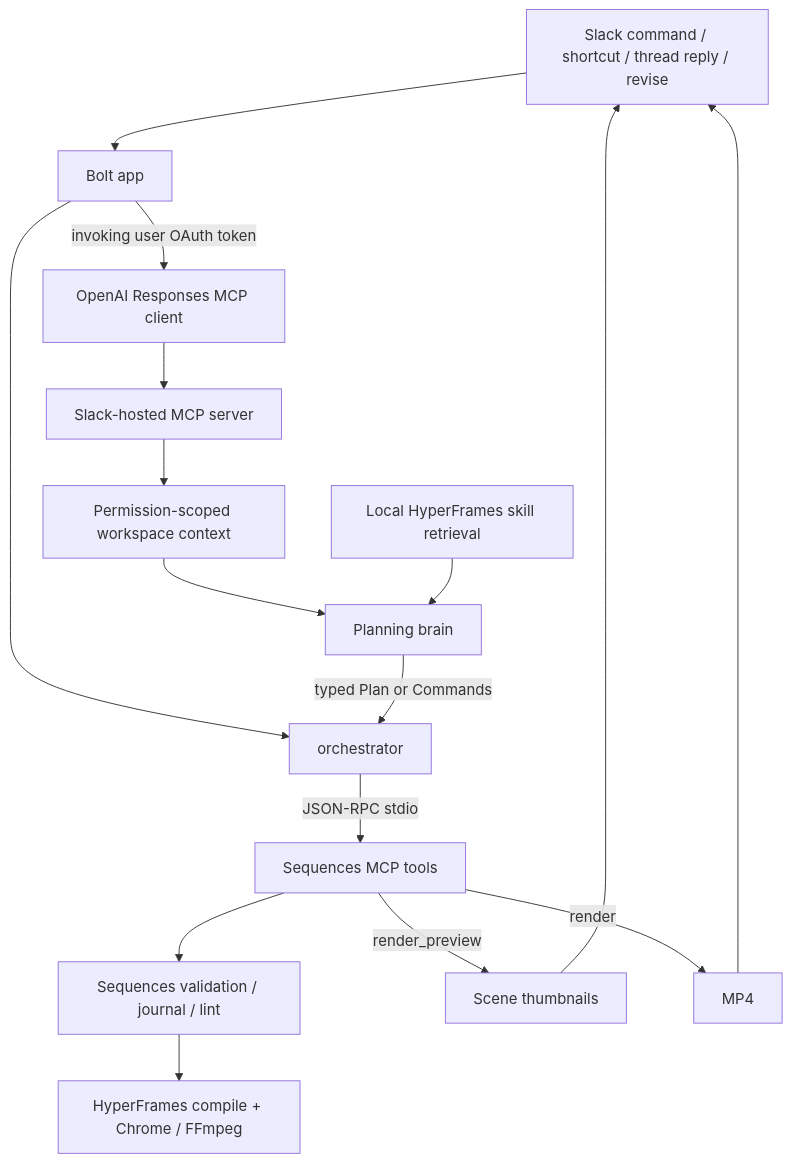
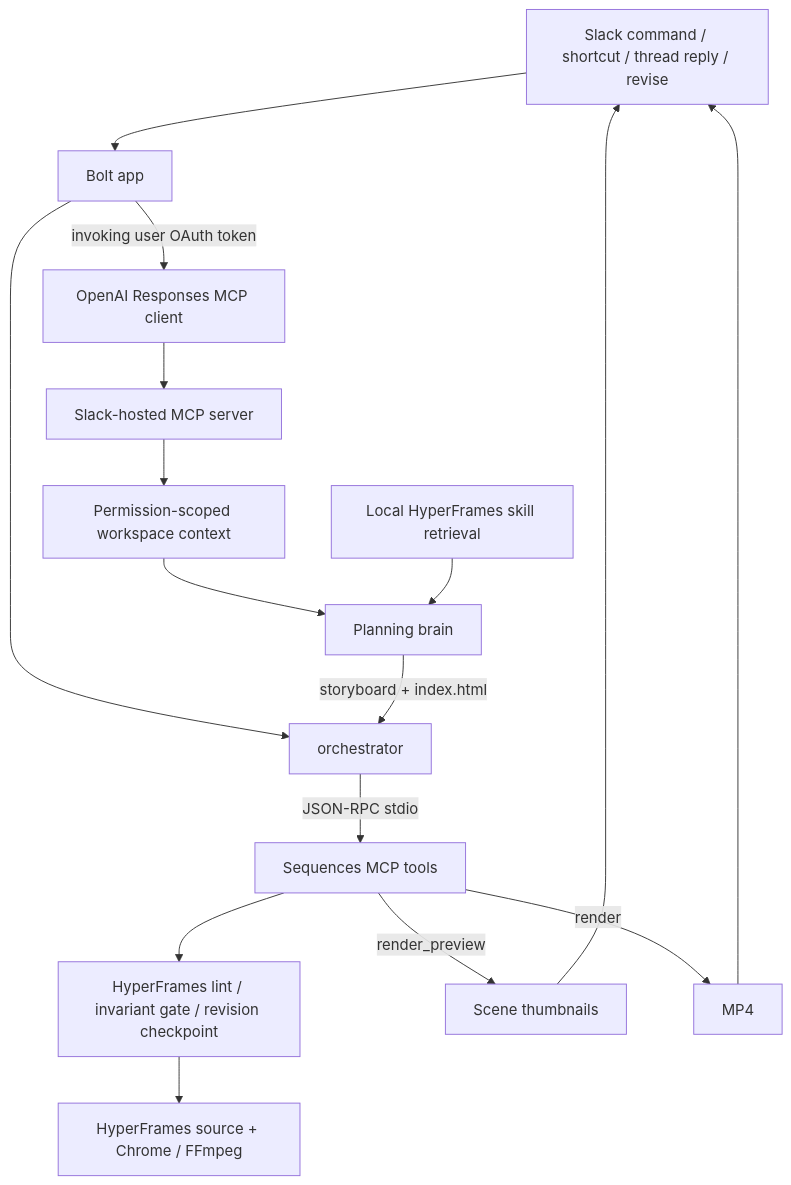
One commit to vladimirhegai/Slack_Sequences changed the diagram in apps/slack/SLACK_PLAN.md. Above: the diagram before and after it, drawn with Mermaid. The commit also changed other lines of this file and 24 other files, not shown here.

Commit message:
feat: direct HyperFrames authoring spike

````diff
--- a/apps/slack/SLACK_PLAN.md
+++ b/apps/slack/SLACK_PLAN.md
@@ -104,18 +104,18 @@
 ```mermaid
 flowchart TD
   S[Slack command / shortcut / thread reply / revise] --> B[Bolt app]
   B -->|invoking user OAuth token| OC[OpenAI Responses MCP client]
   OC --> SM[Slack-hosted MCP server]
   SM --> WC[Permission-scoped workspace context]
   WC --> P
   B --> O[orchestrator]
   K[Local HyperFrames skill retrieval] --> P[Planning brain]
-  P -->|typed Plan or Commands| O
+  P -->|storyboard + index.html| O
   O -->|JSON-RPC stdio| M[Sequences MCP tools]
-  M --> C[Sequences validation / journal / lint]
-  C --> H[HyperFrames compile + Chrome / FFmpeg]
+  M --> C[HyperFrames lint / invariant gate / revision checkpoint]
+  C --> H[HyperFrames source + Chrome / FFmpeg]
   M -->|render_preview| T[Scene thumbnails]
   M -->|render| V[MP4]
   T --> S
   V --> S
 ```
````
